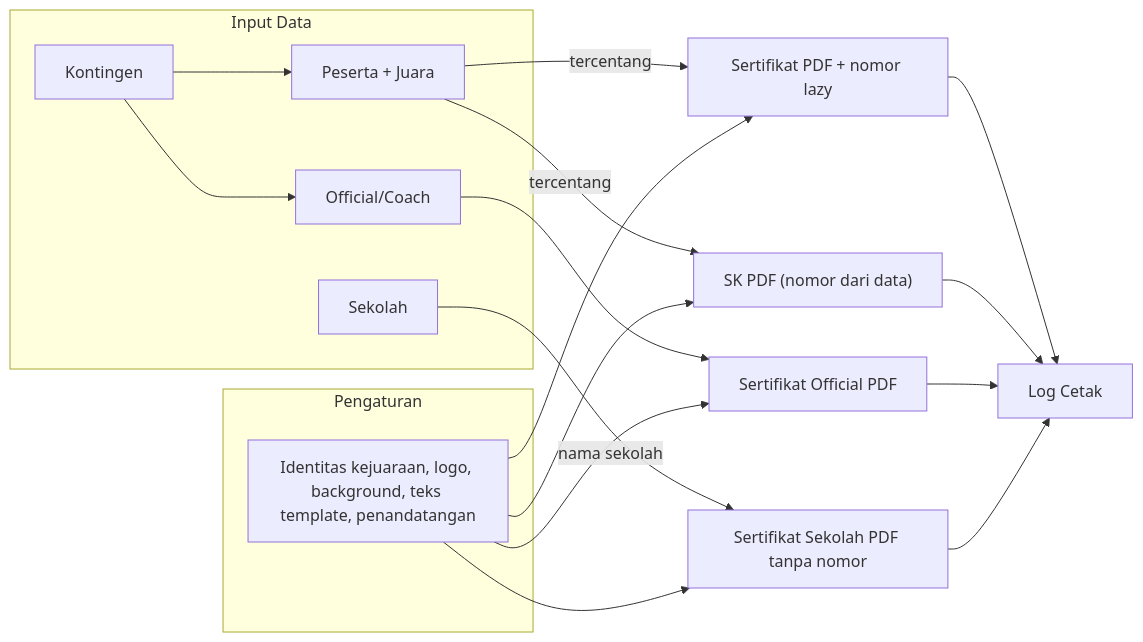
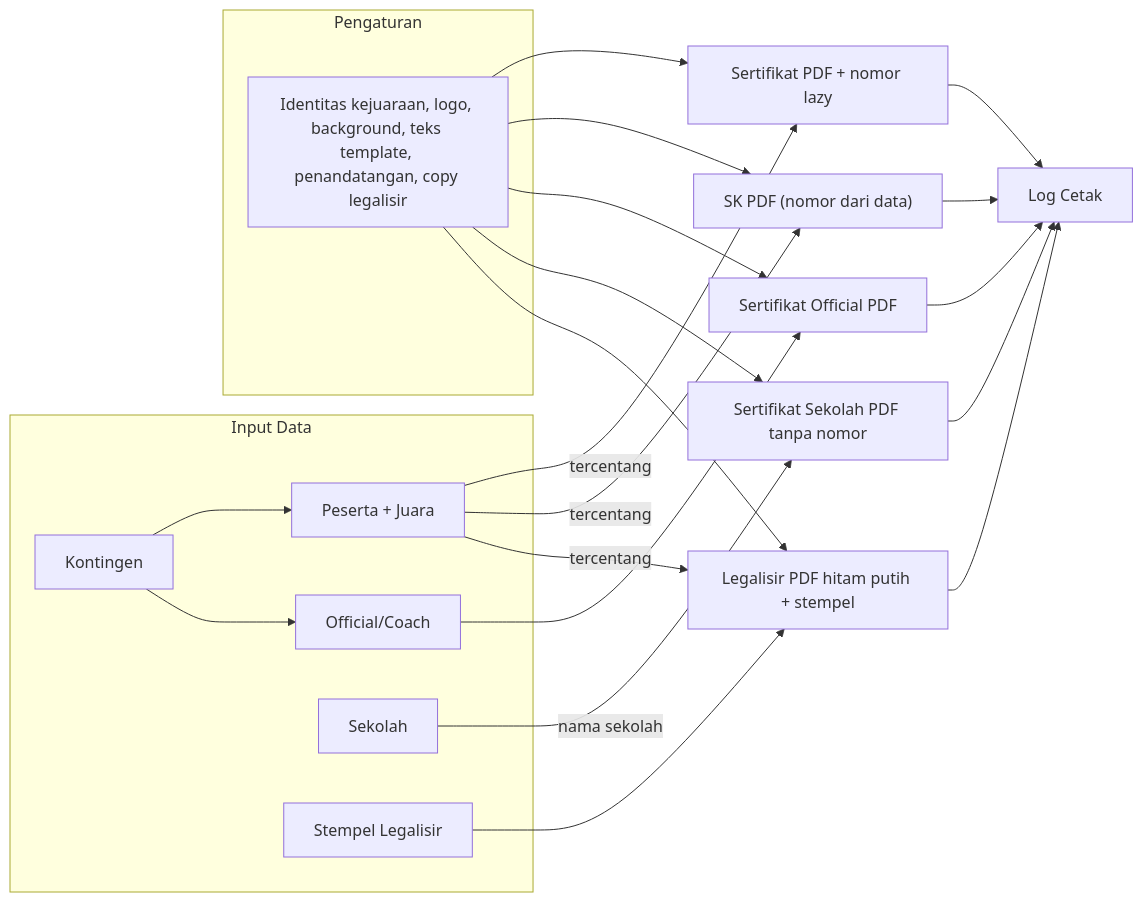
One commit to SalatID/sistem-cetak-sertifikat changed the third of 5 diagrams in docs/PRD.md. Above: the diagram before and after it, drawn with Mermaid. The commit also changed other lines of this file and 27 other files, not shown here.

````diff
--- a/docs/PRD.md
+++ b/docs/PRD.md
@@ -213,23 +222,28 @@
 ```mermaid
 flowchart LR
     subgraph Input Data
         K[Kontingen] --> P[Peserta + Juara]
         K --> O[Official/Coach]
         SEK[Sekolah]
+        STM[Stempel Legalisir]
     end
     subgraph Pengaturan
-        S[Identitas kejuaraan, logo, background, teks template, penandatangan]
+        S[Identitas kejuaraan, logo, background, teks template, penandatangan, copy legalisir]
     end
     P -->|tercentang| C1[Sertifikat PDF + nomor lazy]
     P -->|tercentang| C2["SK PDF (nomor dari data)"]
+    P -->|tercentang| C5[Legalisir PDF hitam putih + stempel]
     O --> C3[Sertifikat Official PDF]
     SEK -->|nama sekolah| C4[Sertifikat Sekolah PDF tanpa nomor]
+    STM --> C5
     S --> C1
     S --> C2
     S --> C3
     S --> C4
+    S --> C5
     C1 --> L[Log Cetak]
     C2 --> L
     C3 --> L
     C4 --> L
+    C5 --> L
 ```
````
